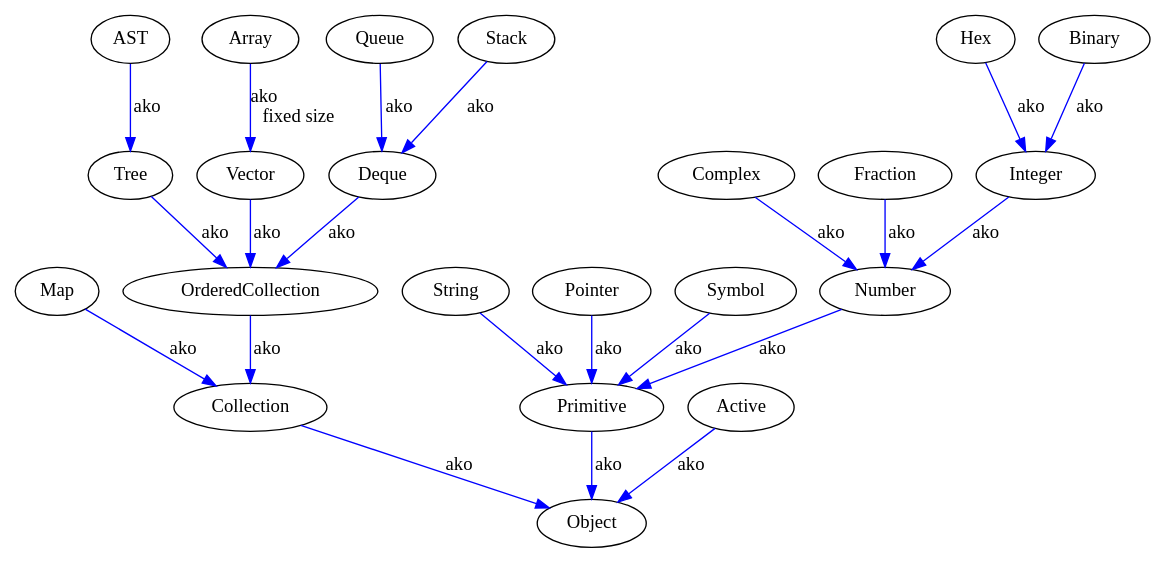
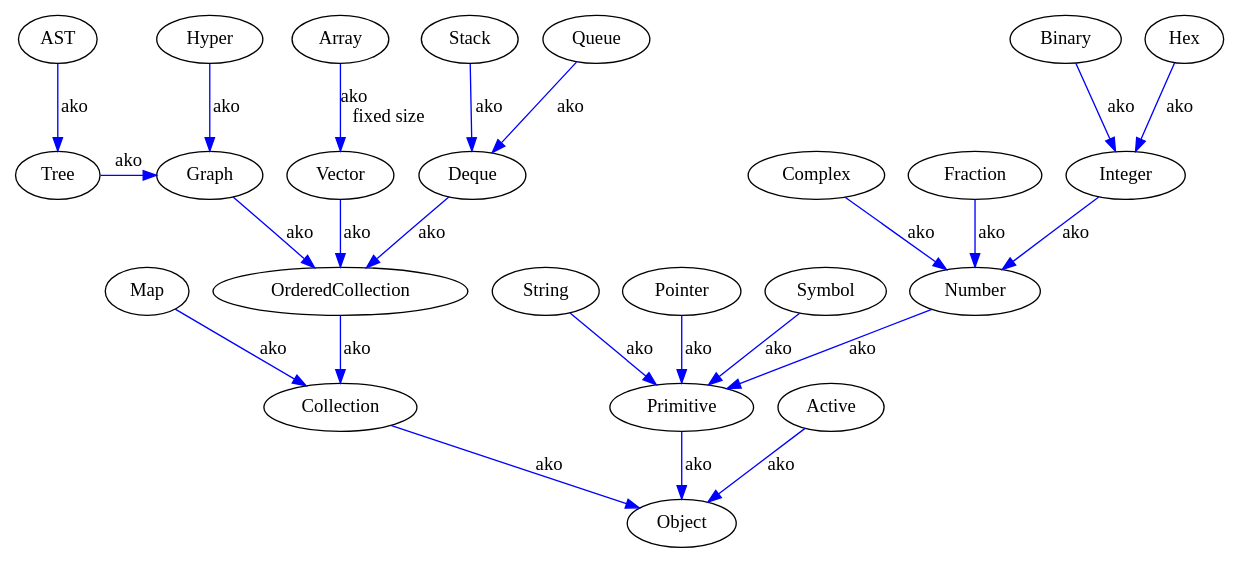
The diagram in doc/sym/00.dot (ponyatov/DLR), drawn with Graphviz before and after one commit. The commit also changed 1 other file, not shown here.

```diff
--- a/doc/sym/00.dot
+++ b/doc/sym/00.dot
@@ -1,20 +1,21 @@
 digraph {
 Symbol -> Primitive -> Object [label=ako,color=blue];
 Number -> Primitive [label=ako,color=blue];
 Complex -> Number [label=ako,color=blue];
 Fraction -> Number [label=ako,color=blue];
 Integer -> Number [label=ako,color=blue];
 Hex -> Integer [label=ako,color=blue];
 Binary -> Integer [label=ako,color=blue];
 String -> Primitive [label=ako,color=blue];
-AST -> Tree -> OrderedCollection -> Collection -> Object [label=ako,color=blue];
-#"Graph" -> OrderedCollection [label=ako,color=blue];
+AST -> Tree -> "Graph" -> OrderedCollection -> Collection -> Object [label=ako,color=blue];
+Hyper -> "Graph" [label=ako,color=blue];
+{rank=same; Tree; "Graph"; }
 Vector -> OrderedCollection [label=ako,color=blue];
 Map -> Collection [label=ako,color=blue];
 Queue -> Deque -> OrderedCollection [label=ako,color=blue];
 Stack -> Deque [label=ako,color=blue];
 Array -> Vector [label="ako\l fixed size",color=blue];
 #Array -> Primitive [label=is];
 Active -> Object [label=ako,color=blue];
 Pointer -> Primitive [label=ako,color=blue];
 }
```
